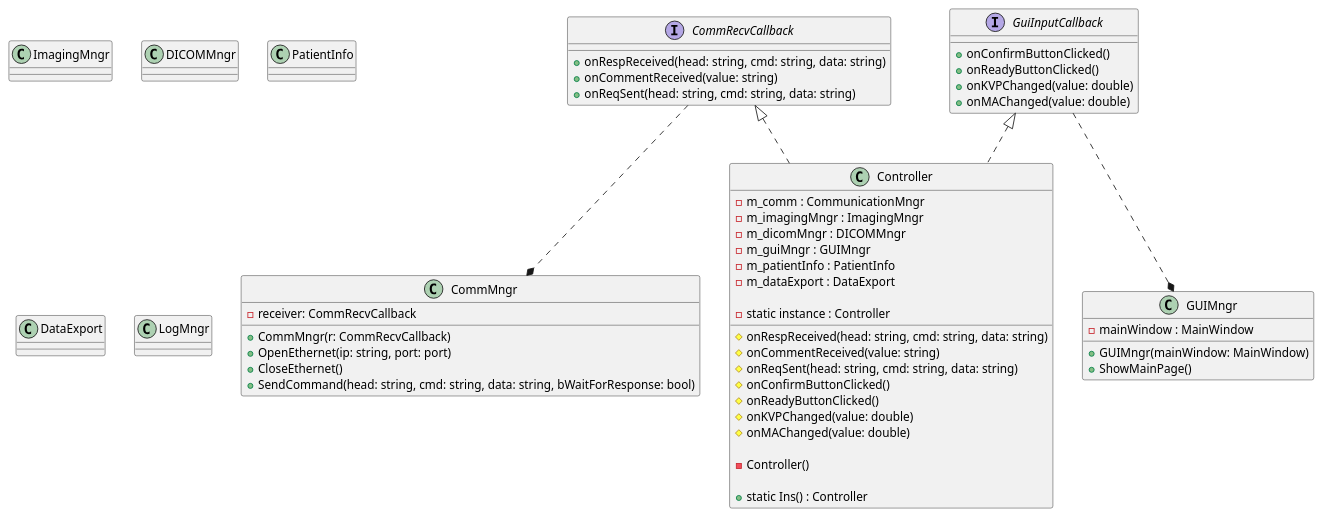
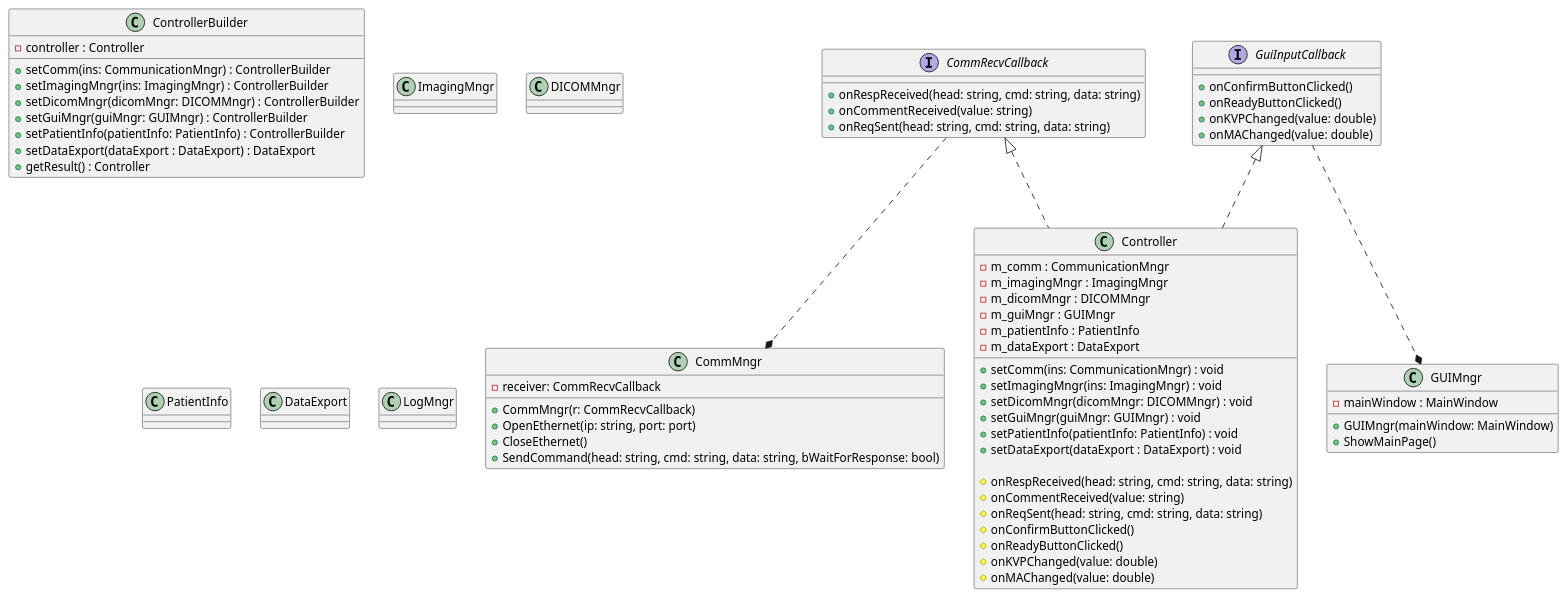
Before and after one commit to Hyuntae-Lee/DesignPattern: the diagram in ControlSW/uml/classes.puml, drawn with PlantUML. The commit also changed 18 other files, not shown here.

```diff
--- a/ControlSW/uml/classes.puml
+++ b/ControlSW/uml/classes.puml
@@ -1,93 +1,103 @@
 @startuml Classes
 
 ' interfaces
 interface CommRecvCallback {
     + onRespReceived(head: string, cmd: string, data: string)
     + onCommentReceived(value: string)
     + onReqSent(head: string, cmd: string, data: string)
 }
 
 interface GuiInputCallback {
     + onConfirmButtonClicked()
     + onReadyButtonClicked()
     + onKVPChanged(value: double)
     + onMAChanged(value: double)
 }
 
+' Builder
+class ControllerBuilder {
+    - controller : Controller
+    + setComm(ins: CommunicationMngr) : ControllerBuilder
+    + setImagingMngr(ins: ImagingMngr) : ControllerBuilder
+    + setDicomMngr(dicomMngr: DICOMMngr) : ControllerBuilder
+    + setGuiMngr(guiMngr: GUIMngr) : ControllerBuilder
+    + setPatientInfo(patientInfo: PatientInfo) : ControllerBuilder
+    + setDataExport(dataExport : DataExport) : DataExport
+    + getResult() : Controller
+}
+
 ' Controller
 class Controller {
     - m_comm : CommunicationMngr
     - m_imagingMngr : ImagingMngr
     - m_dicomMngr : DICOMMngr
     - m_guiMngr : GUIMngr
     - m_patientInfo : PatientInfo
     - m_dataExport : DataExport
 
-    ' Singleton instance
-    - static instance : Controller
+    + setComm(ins: CommunicationMngr) : void
+    + setImagingMngr(ins: ImagingMngr) : void
+    + setDicomMngr(dicomMngr: DICOMMngr) : void
+    + setGuiMngr(guiMngr: GUIMngr) : void
+    + setPatientInfo(patientInfo: PatientInfo) : void
+    + setDataExport(dataExport : DataExport) : void
 
     ' CommRecvCallback
     # onRespReceived(head: string, cmd: string, data: string)
     # onCommentReceived(value: string)
     # onReqSent(head: string, cmd: string, data: string)
     ' MainPageInputCallback
     # onConfirmButtonClicked()
     # onReadyButtonClicked()
     # onKVPChanged(value: double)
     # onMAChanged(value: double)
-
-    ' Private constructor
-    - Controller()
-
-    ' Static method to get the singleton instance
-    + static Ins() : Controller
 }
 
 ' Communication manager
 class CommMngr {
     - receiver: CommRecvCallback
     + CommMngr(r: CommRecvCallback)
     + OpenEthernet(ip: string, port: port)
     + CloseEthernet()
     + SendCommand(head: string, cmd: string, data: string, bWaitForResponse: bool)
 }
 
 ' GUI manager
 class GUIMngr {
     - mainWindow : MainWindow
     + GUIMngr(mainWindow: MainWindow)
     + ShowMainPage()
 }
 
 ' Imaging manager
 class ImagingMngr {
 
 }
 
 ' DICOM manager
 class DICOMMngr {
 
 }
 
 ' Patient Information
 class PatientInfo {
 
 }
 
 ' Export resulting data
 class DataExport {
 
 }
 
 ' Log manager
 class LogMngr {
 
 }
 
 ' relateions
 CommRecvCallback <|.. Controller
 CommRecvCallback ..* CommMngr
 GuiInputCallback <|.. Controller
 GuiInputCallback ..* GUIMngr
 
 @enduml
```
